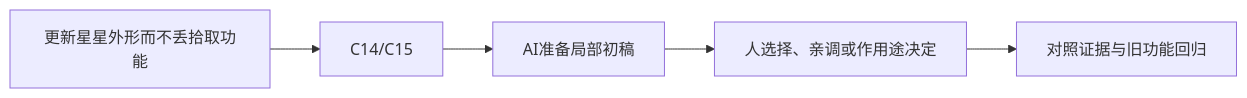
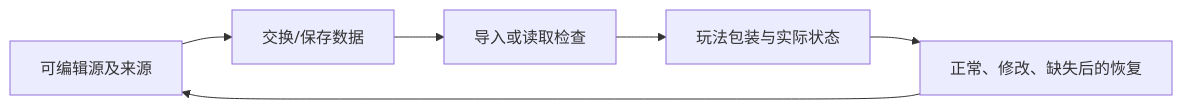
The diagram in curriculum/lessons/B09.md (Zilur/ai-3d-game-learning), drawn with Mermaid before and after one commit. The commit also changed other lines of this file and 164 other files, not shown here.

Commit message:
docs: publish 47 step-by-step AI lesson flows, world upgrade and optional training corner

````diff
--- a/curriculum/lessons/B09.md
+++ b/curriculum/lessons/B09.md
@@ -38,7 +35,8 @@
 ```mermaid
 flowchart LR
-  S["更新星星外形而不丢拾取功能"] --> K["C14/C15"]
-  K --> AI["AI准备局部初稿"]
-  AI --> H["人选择、亲调或作用途决定"]
-  H --> V["对照证据与旧功能回归"]
+ S["可编辑源及来源"] --> E["交换/保存数据"]
+ E --> I["导入或读取检查"]
+ I --> W["玩法包装与实际状态"]
+ W --> T["正常、修改、缺失后的恢复"]
+ T --> S
 ```
````
